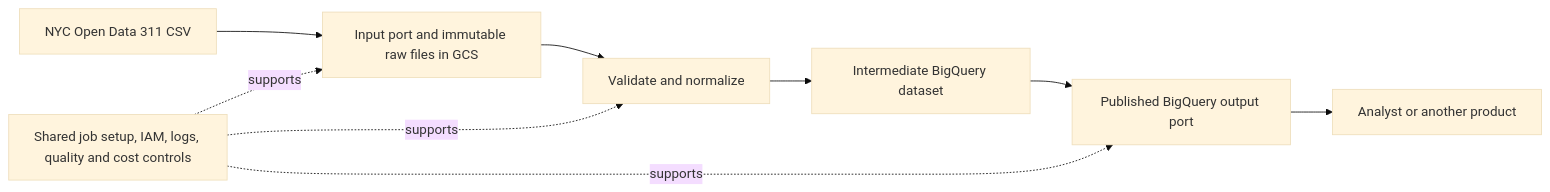
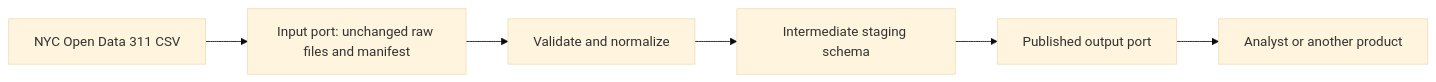
The diagram in docs/architecture.md (ahmedtilal/civic-services-data-product), drawn with Mermaid (base theme) before and after one commit. The commit also changed other lines of this file and 15 other files, not shown here.

````diff
--- a/docs/architecture.md
+++ b/docs/architecture.md
@@ -11,11 +11,8 @@
 ```mermaid
 flowchart LR
-  SRC[NYC Open Data 311 CSV] --> RAW[Input port and immutable raw files in GCS]
+  SRC[NYC Open Data 311 CSV] --> RAW[Input port: unchanged raw files and manifest]
   RAW --> VALIDATE[Validate and normalize]
-  VALIDATE --> INT[Intermediate BigQuery dataset]
-  INT --> OUT[Published BigQuery output port]
+  VALIDATE --> INT[Intermediate staging schema]
+  INT --> OUT[Published output port]
   OUT --> USER[Analyst or another product]
-  PLATFORM[Shared job setup, IAM, logs, quality and cost controls] -. supports .-> RAW
-  PLATFORM -. supports .-> VALIDATE
-  PLATFORM -. supports .-> OUT
 ```
````
